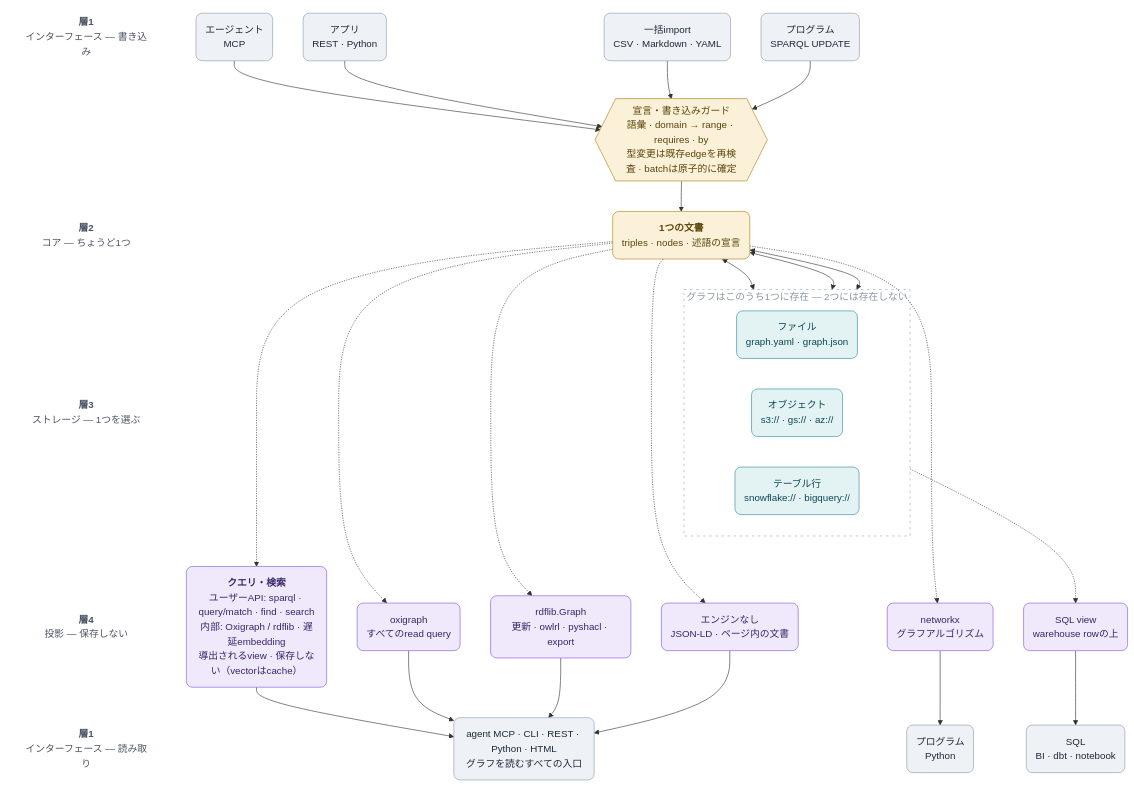
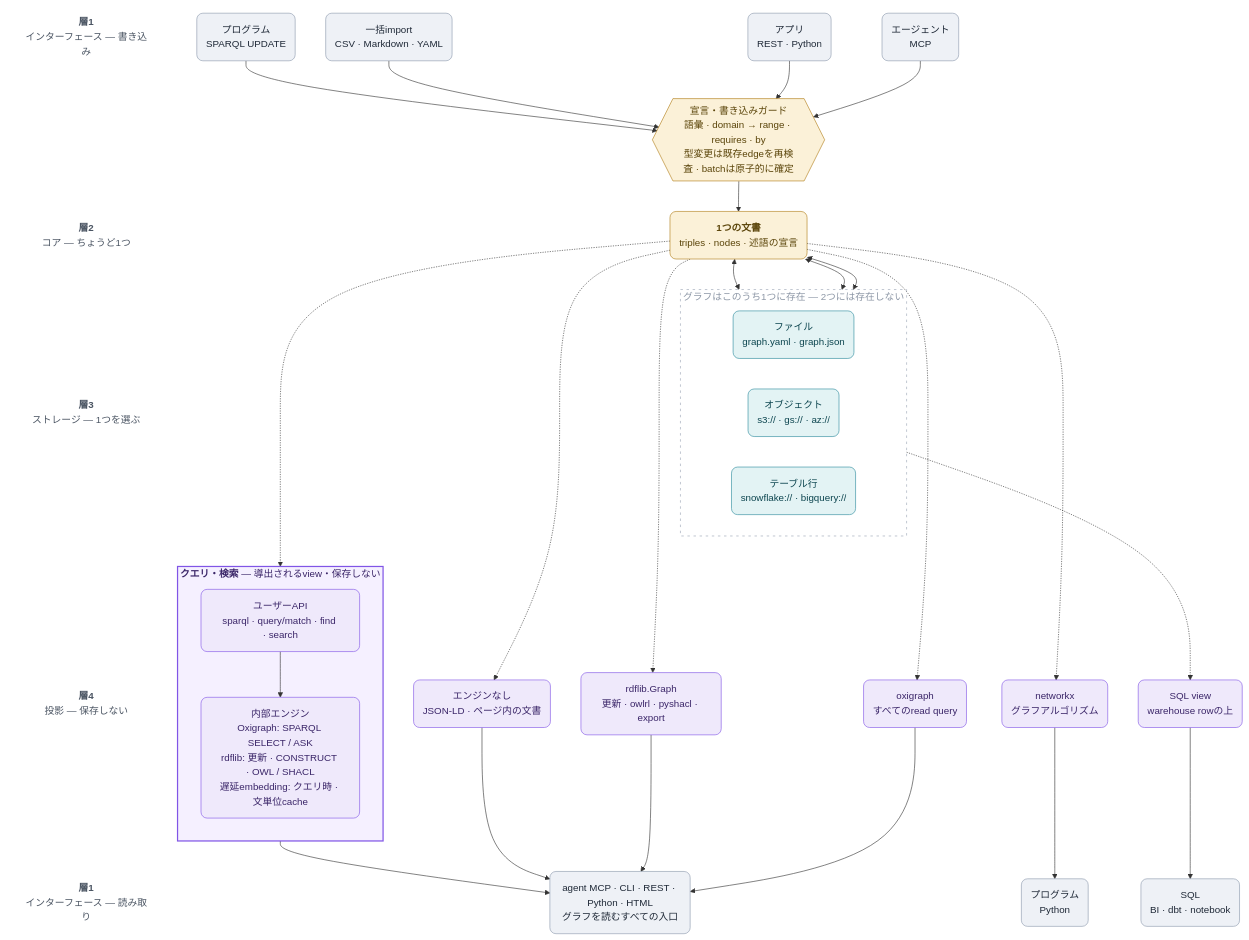
One commit to RyutoYoda/trikedb changed the diagram in docs/ARCHITECTURE_jp.md. Above: the diagram before and after it, drawn with Mermaid. The commit also changed 2 other files, not shown here.

Commit message:
docs: nest query APIs and engines visually

````diff
--- a/docs/ARCHITECTURE_jp.md
+++ b/docs/ARCHITECTURE_jp.md
@@ -7,69 +7,75 @@
 ```mermaid
 flowchart TB
     LA["<b>層1</b><br/>インターフェース — 書き込み"]
     LG[" "]
     LB["<b>層2</b><br/>コア — ちょうど1つ"]
     LC["<b>層3</b><br/>ストレージ — 1つを選ぶ"]
     LD["<b>層4</b><br/>投影 — 保存しない"]
     LE["<b>層1</b><br/>インターフェース — 読み取り"]
     LA ~~~ LG ~~~ LB ~~~ LC ~~~ LD ~~~ LE
 
     WA("エージェント<br/>MCP")
     WC("アプリ<br/>REST · Python")
     WI("一括import<br/>CSV · Markdown · YAML")
     WP("プログラム<br/>SPARQL UPDATE")
     G{{"宣言・書き込みガード<br/>語彙 · domain → range · requires · by<br/>型変更は既存edgeを再検査 · batchは原子的に確定"}}
     C("<b>1つの文書</b><br/>triples · nodes · 述語の宣言")
     subgraph pick["グラフはこのうち1つに存在 — 2つには存在しない"]
         direction LR
         SF("ファイル<br/>graph.yaml · graph.json")
         SO("オブジェクト<br/>s3:// · gs:// · az://")
         SW("テーブル行<br/>snowflake:// · bigquery://")
     end
     PO("oxigraph<br/>すべてのread query")
     PR("rdflib.Graph<br/>更新 · owlrl · pyshacl · export")
     PN("networkx<br/>グラフアルゴリズム")
     PV("SQL view<br/>warehouse rowの上")
     PD("エンジンなし<br/>JSON-LD · ページ内の文書")
-    Q("<b>クエリ・検索</b><br/>ユーザーAPI: sparql · query/match · find · search<br/>内部: Oxigraph / rdflib · 遅延embedding<br/>導出されるview · 保存しない（vectorはcache）")
+    subgraph query["<b>クエリ・検索</b> — 導出されるview・保存しない"]
+        direction TB
+        QAPI["ユーザーAPI<br/>sparql · query/match · find · search"]
+        QENG["内部エンジン<br/>Oxigraph: SPARQL SELECT / ASK<br/>rdflib: 更新 · CONSTRUCT · OWL / SHACL<br/>遅延embedding: クエリ時 · 文単位cache"]
+        QAPI --> QENG
+    end
     RQ("agent MCP · CLI · REST · Python · HTML<br/>グラフを読むすべての入口")
     RG("プログラム<br/>Python")
     RS("SQL<br/>BI · dbt · notebook")
 
     WA --> G
     WC --> G
     WI --> G
     WP --> G
     G --> C
     C <--> SF
     C <--> SO
     C <--> SW
     SF ~~~ PO
     SF ~~~ PR
     SO ~~~ PN
     SW -.-> PV
     SW ~~~ PD
     C -.-> PO
     C -.-> PR
     C -.-> PN
     C -.-> PD
-    C -.-> Q
-    Q --> RQ
+    C -.-> QAPI
+    QENG --> RQ
     PO --> RQ
     PR --> RQ
     PN --> RG
     PV --> RS
     PD --> RQ
 
     style pick fill:none,stroke:#9aa4b3,stroke-width:1px,stroke-dasharray:4 6,color:#8d97a6
+    style query fill:#f5f0ff,stroke:#8055e6,stroke-width:2px,color:#3a2568
     classDef lbl fill:none,stroke:none,color:#4b5563
     classDef iface fill:#eef1f6,stroke:#8d9aad,color:#1f2937,rx:10,ry:10
     classDef core fill:#fbf1d8,stroke:#b07d17,color:#5a4409,rx:10,ry:10
     classDef store fill:#e3f3f4,stroke:#2b8a9c,color:#0c454f,rx:10,ry:10
     classDef proj fill:#efe9fb,stroke:#8055e6,color:#3a2568,rx:10,ry:10
     class LA,LG,LB,LC,LD,LE lbl
     class WA,WC,WI,WP,RQ,RG,RS iface
     class C,G core
     class SF,SO,SW store
-    class PO,PR,PN,PV,PD,Q proj
+    class PO,PR,PN,PV,PD,QAPI,QENG proj
 ```
````
